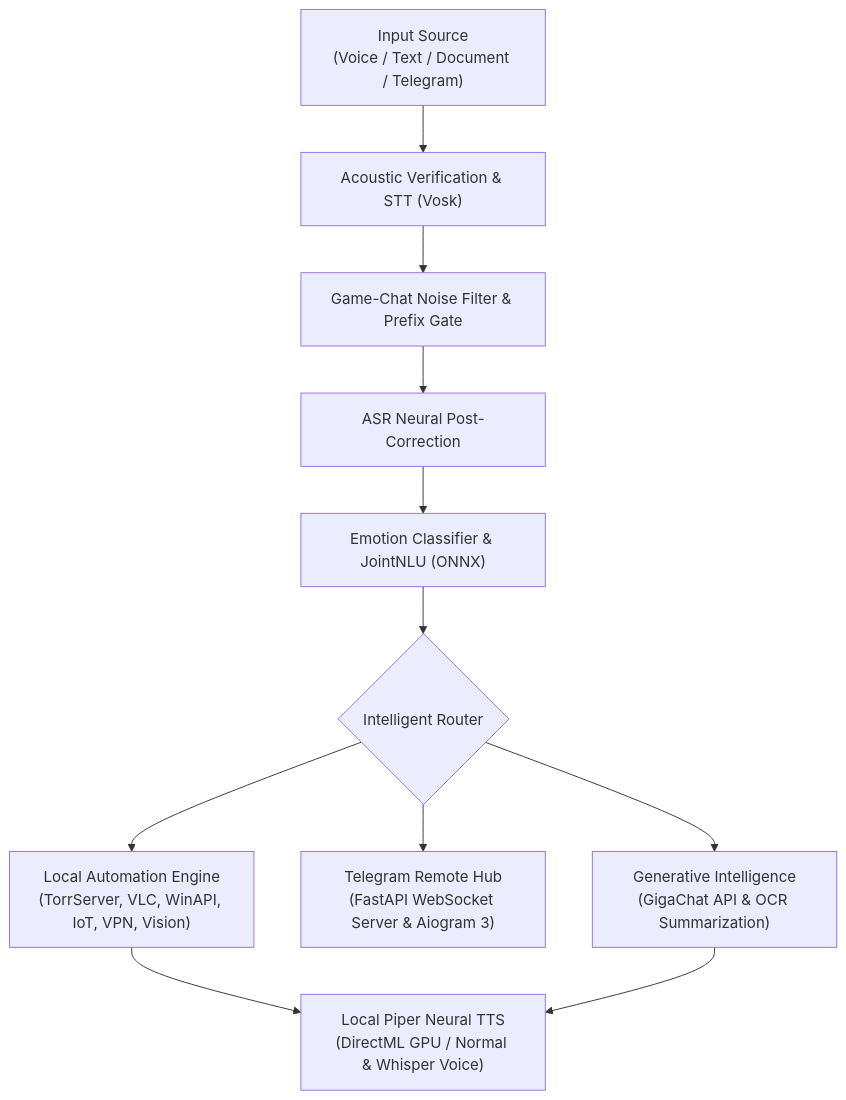
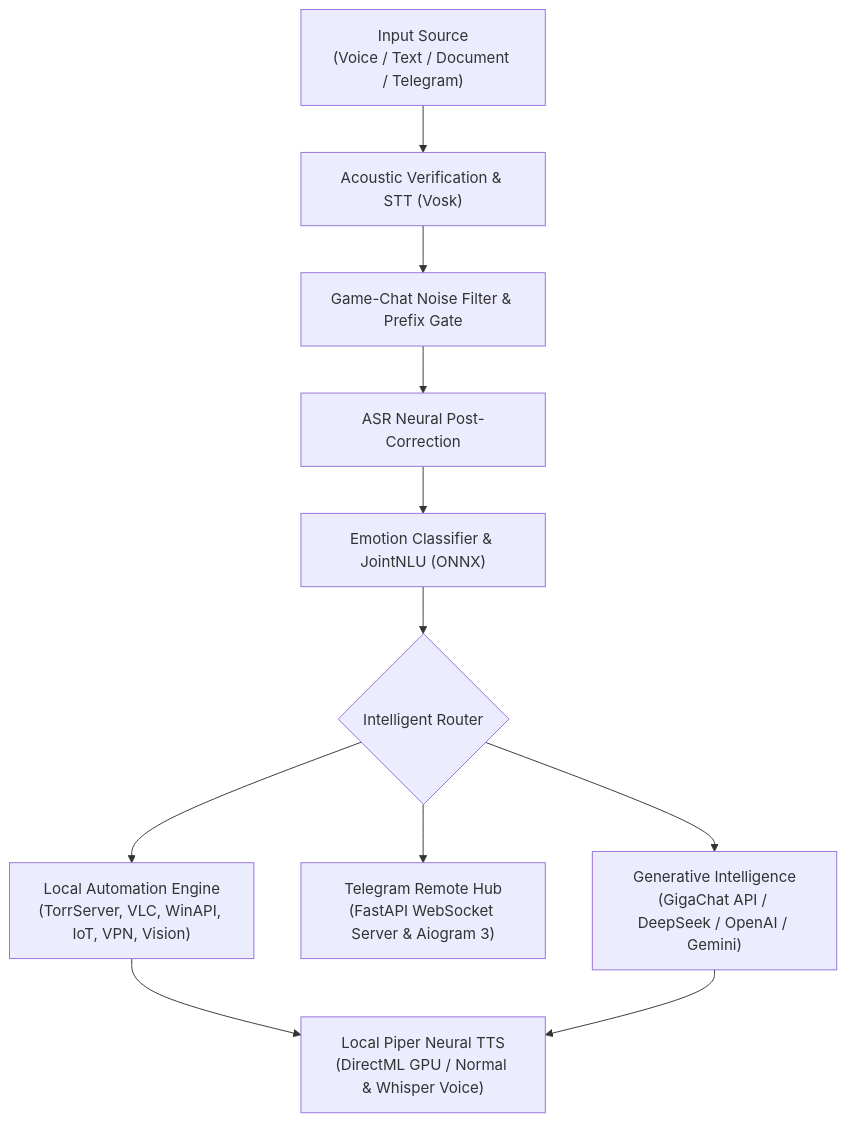
The first of 2 diagrams in README.md (RaccoonKa/Akira), drawn with Mermaid before and after one commit. The commit also changed other lines of this file and 1 other file, not shown here.

````diff
--- a/README.md
+++ b/README.md
@@ -85,14 +91,13 @@
 ```mermaid
 flowchart TD
     A["Input Source<br>(Voice / Text / Document / Telegram)"] --> B["Acoustic Verification & STT (Vosk)"]
     B --> C["Game-Chat Noise Filter & Prefix Gate"]
     C --> D["ASR Neural Post-Correction"]
     D --> E["Emotion Classifier & JointNLU (ONNX)"]
     E --> F{"Intelligent Router"}
     F --> G["Local Automation Engine<br>(TorrServer, VLC, WinAPI, IoT, VPN, Vision)"]
     F --> H["Telegram Remote Hub<br>(FastAPI WebSocket Server & Aiogram 3)"]
-    F --> I["Generative Intelligence<br>(GigaChat API & OCR Summarization)"]
+    F --> I["Generative Intelligence<br>(GigaChat API / DeepSeek / OpenAI / Gemini)"]
     G --> J["Local Piper Neural TTS<br>(DirectML GPU / Normal & Whisper Voice)"]
     I --> J
-
 ```
````
